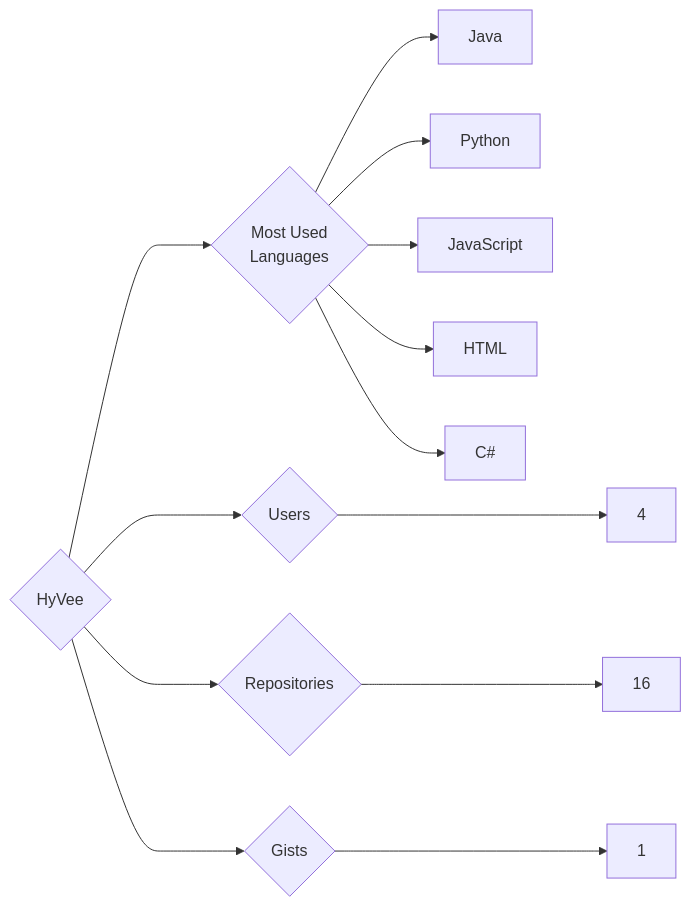
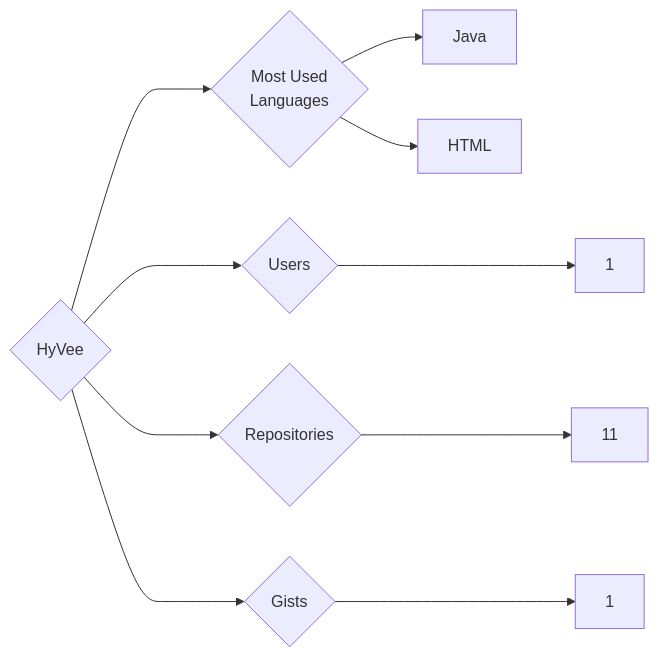
Before and after one commit to trickest/insiders: the diagram in targets/HyVee/README.md, drawn with Mermaid. The commit also changed 1023 other files, not shown here.

````diff
--- a/targets/HyVee/README.md
+++ b/targets/HyVee/README.md
@@ -3,13 +3,10 @@
 ```mermaid
 graph LR
 COMPANY_NAME{HyVee}
-COMPANY_NAME ---> U{Users} ---> UN[4]
-COMPANY_NAME ---> R{Repositories} ---> RN[16]
+COMPANY_NAME ---> U{Users} ---> UN[1]
+COMPANY_NAME ---> R{Repositories} ---> RN[11]
 COMPANY_NAME ---> G{Gists} ---> GN[1]
 COMPANY_NAME ---> ML{Most Used<br>Languages}
 ML --> Java[Java]
-ML --> Python[Python]
-ML --> JavaScript[JavaScript]
 ML --> HTML[HTML]
-ML --> C#[C#]
 ```
````
